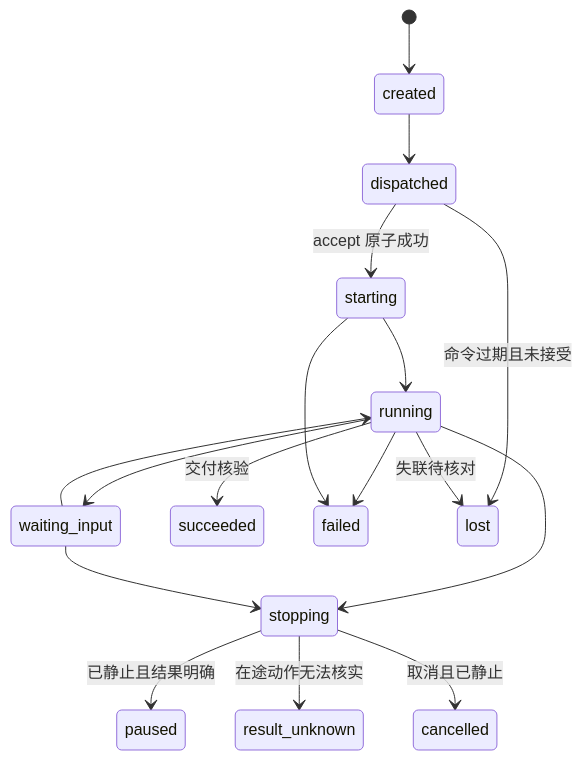
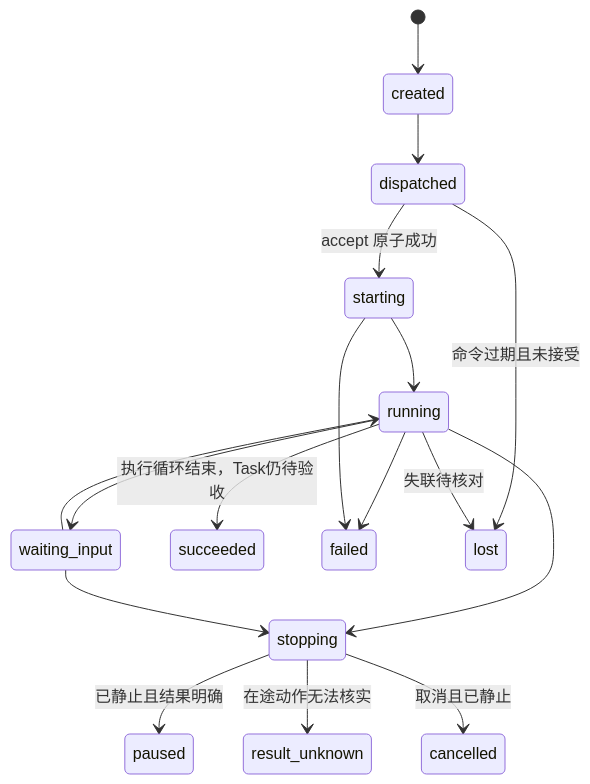
The diagram in docs/protocol-v1.md (ximing/super-agent), drawn with Mermaid before and after one commit. The commit also changed other lines of this file and 92 other files, not shown here.

````diff
--- a/docs/protocol-v1.md
+++ b/docs/protocol-v1.md
@@ -239,19 +239,19 @@
 ```mermaid
 stateDiagram-v2
     [*] --> created
     created --> dispatched
     dispatched --> starting: accept 原子成功
     starting --> running
     running --> waiting_input
     waiting_input --> running
     running --> stopping
     waiting_input --> stopping
     stopping --> paused: 已静止且结果明确
     stopping --> result_unknown: 在途动作无法核实
-    running --> succeeded: 交付核验
+    running --> succeeded: 执行循环结束，Task仍待验收
     running --> failed
     starting --> failed
     dispatched --> lost: 命令过期且未接受
     running --> lost: 失联待核对
     stopping --> cancelled: 取消且已静止
 ```
````
